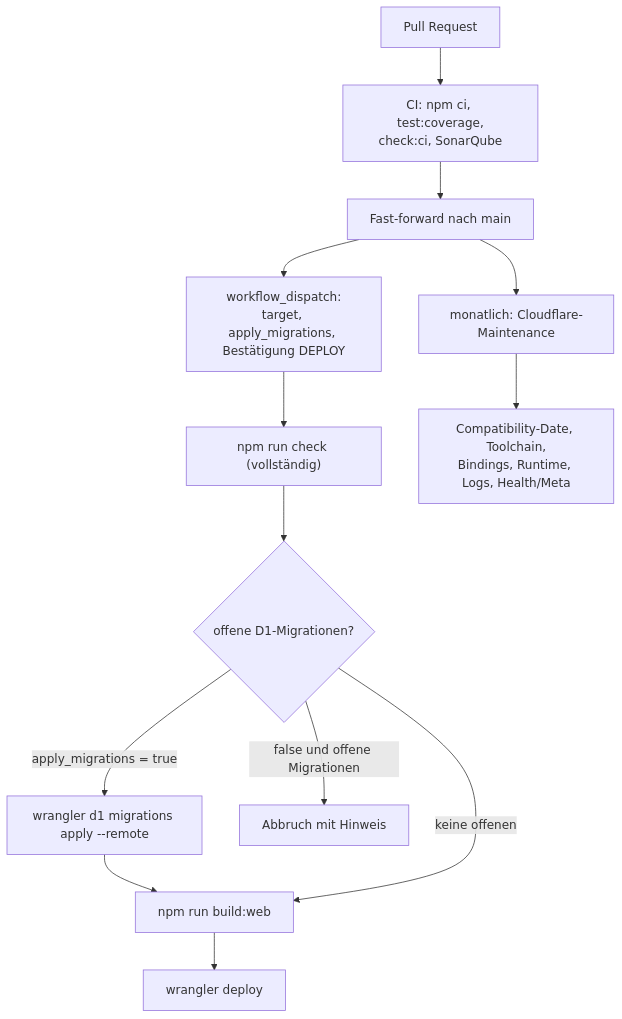
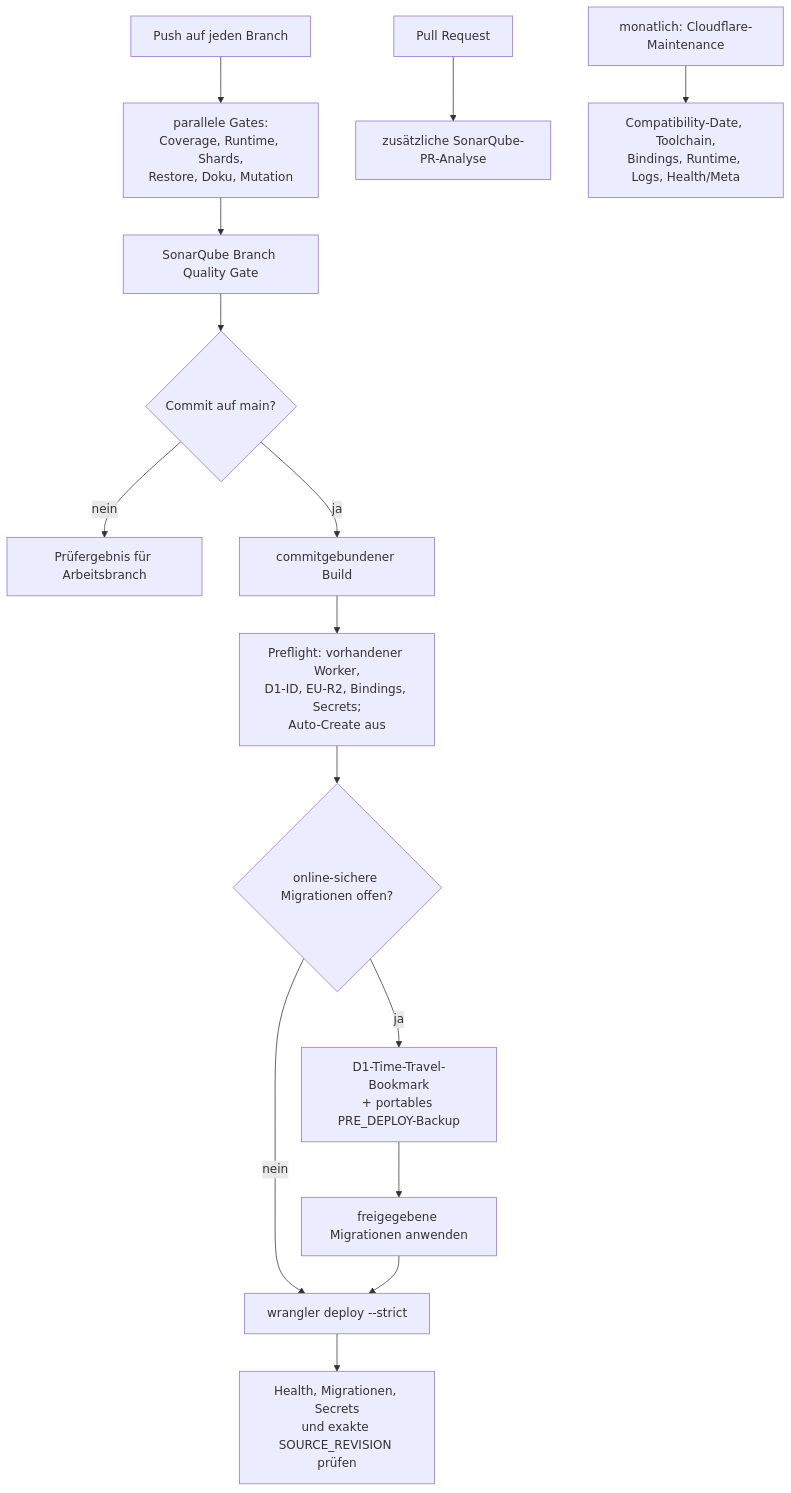
One commit to aguther/rundflug-leitstand changed the second of 2 diagrams in docs/architecture/arc42/07-verteilungssicht.md. Above: the diagram before and after it, drawn with Mermaid. The commit also changed other lines of this file and 42 other files, not shown here.

First line of the commit message:
ci: harden branch checks and Cloudflare deployment

````diff
--- a/docs/architecture/arc42/07-verteilungssicht.md
+++ b/docs/architecture/arc42/07-verteilungssicht.md
@@ -83,15 +84,18 @@
 ```mermaid
 flowchart TB
-    PR["Pull Request"] --> CI["CI: npm ci, test:coverage,<br/>check:ci, SonarQube"]
-    CI --> MAIN["Fast-forward nach main"]
-    MAIN --> WD["workflow_dispatch:<br/>target, apply_migrations, Bestätigung DEPLOY"]
-    WD --> FULL["npm run check (vollständig)"]
-    FULL --> MIG{"offene D1-Migrationen?"}
-    MIG -->|"apply_migrations = true"| APPLY["wrangler d1 migrations apply --remote"]
-    MIG -->|"false und offene Migrationen"| STOP["Abbruch mit Hinweis"]
-    APPLY --> BUILD["npm run build:web"]
-    MIG -->|"keine offenen"| BUILD
-    BUILD --> DEP["wrangler deploy"]
-    MAIN --> MON["monatlich: Cloudflare-Maintenance"]
+    PUSH["Push auf jeden Branch"] --> CI["parallele Gates:<br/>Coverage, Runtime, Shards,<br/>Restore, Doku, Mutation"]
+    CI --> SONAR["SonarQube Branch Quality Gate"]
+    PR["Pull Request"] --> PRSONAR["zusätzliche SonarQube-PR-Analyse"]
+    SONAR --> MAIN{"Commit auf main?"}
+    MAIN -->|"nein"| DONE["Prüfergebnis für Arbeitsbranch"]
+    MAIN -->|"ja"| BUILD["commitgebundener Build"]
+    BUILD --> PREFLIGHT["Preflight: vorhandener Worker,<br/>D1-ID, EU-R2, Bindings, Secrets;<br/>Auto-Create aus"]
+    PREFLIGHT --> MIG{"online-sichere Migrationen offen?"}
+    MIG -->|"nein"| DEP["wrangler deploy --strict"]
+    MIG -->|"ja"| BACKUP["D1-Time-Travel-Bookmark<br/>+ portables PRE_DEPLOY-Backup"]
+    BACKUP --> APPLY["freigegebene Migrationen anwenden"]
+    APPLY --> DEP
+    DEP --> VERIFY["Health, Migrationen, Secrets<br/>und exakte SOURCE_REVISION prüfen"]
+    MON["monatlich: Cloudflare-Maintenance"]
     MON --> RUNTIME["Compatibility-Date, Toolchain,<br/>Bindings, Runtime, Logs, Health/Meta"]
 ```
````
